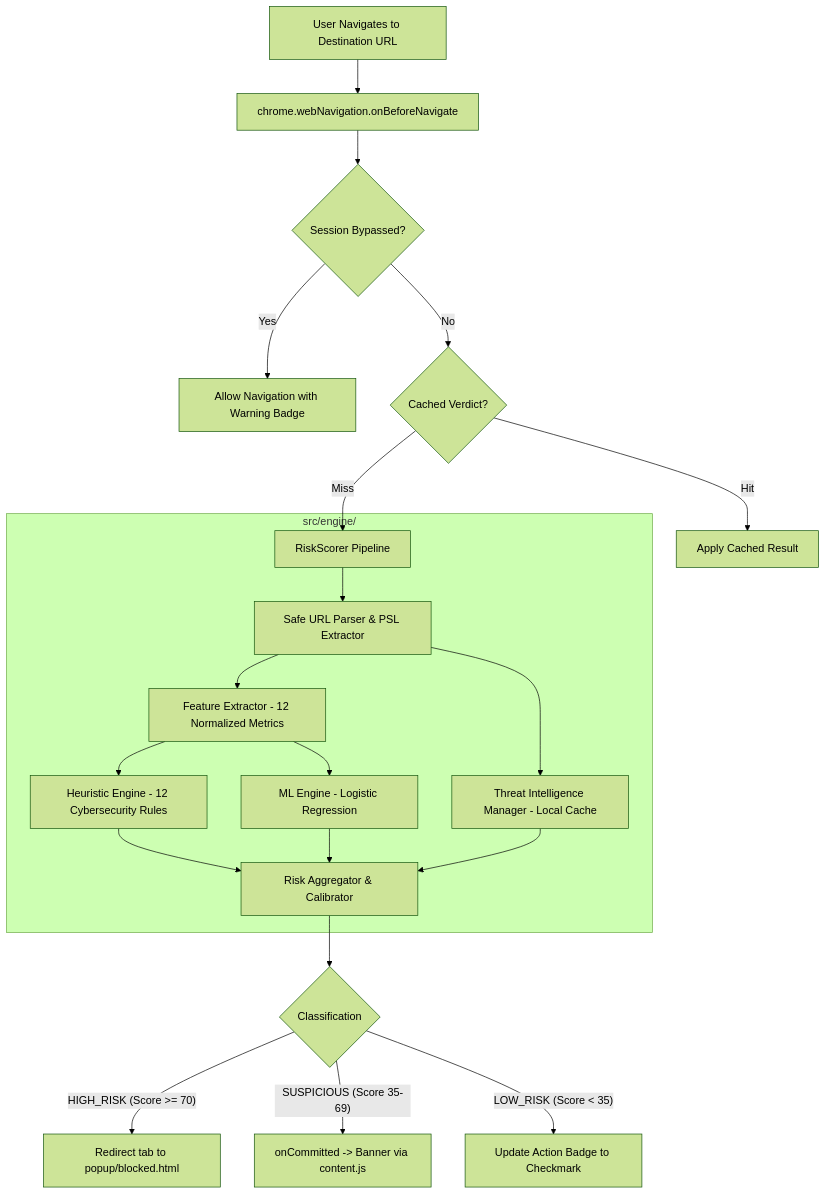
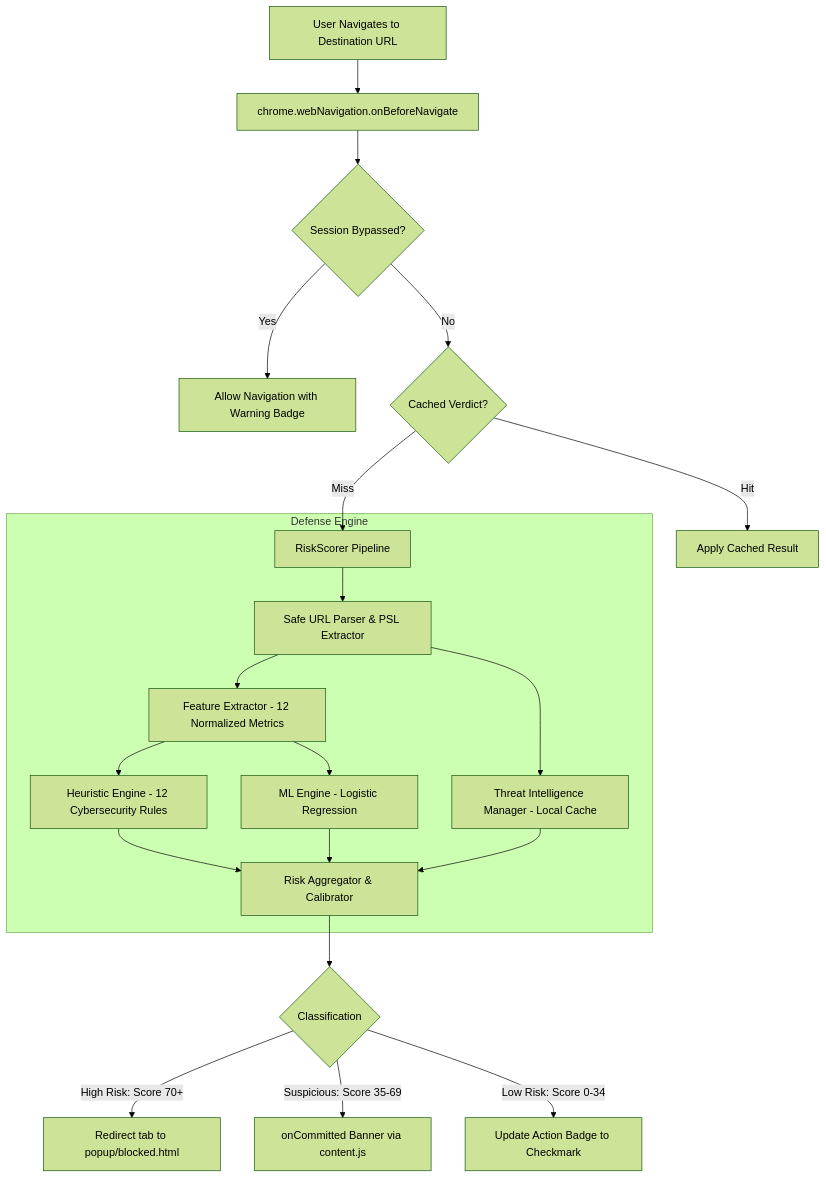
One commit to anishrajb21/Anti-Phishing-Extension changed the diagram in README.md. Above: the diagram before and after it, drawn with Mermaid (forest theme). The commit also changed 2 other files, not shown here.

Commit message:
fix(docs): format Mermaid diagrams with quotes and strict syntax for GitHub rendering

````diff
--- a/README.md
+++ b/README.md
@@ -40,23 +40,25 @@
 ```mermaid
 flowchart TD
-    UserNav[User Navigates to Destination URL] --> WN_Before[chrome.webNavigation.onBeforeNavigate]
-    WN_Before --> BypassCheck{Session Bypassed?}
-    BypassCheck -- Yes --> Allow[Allow Navigation with Warning Badge]
-    BypassCheck -- No --> CacheCheck{Cached Verdict?}
-    CacheCheck -- Hit --> Apply[Apply Cached Result]
-    CacheCheck -- Miss --> Scorer[RiskScorer Pipeline]
+    UserNav["User Navigates to Destination URL"] --> WN_Before["chrome.webNavigation.onBeforeNavigate"]
+    WN_Before --> BypassCheck{"Session Bypassed?"}
+    BypassCheck -->|Yes| Allow["Allow Navigation with Warning Badge"]
+    BypassCheck -->|No| CacheCheck{"Cached Verdict?"}
+    CacheCheck -->|Hit| Apply["Apply Cached Result"]
+    CacheCheck -->|Miss| Scorer["RiskScorer Pipeline"]
 
-    subgraph Defense Engine [src/engine/]
-        Scorer --> Parser[Safe URL Parser & PSL Extractor]
-        Parser --> FE[Feature Extractor - 12 Normalized Metrics]
-        FE --> HE[Heuristic Engine - 12 Cybersecurity Rules]
-        FE --> ML[ML Engine - Logistic Regression]
-        Parser --> TI[Threat Intelligence Manager - Local Cache]
-        HE & ML & TI --> Aggregator[Risk Aggregator & Calibrator]
+    subgraph DefenseEngine ["Defense Engine"]
+        Scorer --> Parser["Safe URL Parser & PSL Extractor"]
+        Parser --> FE["Feature Extractor - 12 Normalized Metrics"]
+        FE --> HE["Heuristic Engine - 12 Cybersecurity Rules"]
+        FE --> ML["ML Engine - Logistic Regression"]
+        Parser --> TI["Threat Intelligence Manager - Local Cache"]
+        HE --> Aggregator["Risk Aggregator & Calibrator"]
+        ML --> Aggregator
+        TI --> Aggregator
     end
 
-    Aggregator --> Verdict{Classification}
-    Verdict -- HIGH_RISK (Score >= 70) --> Block[Redirect tab to popup/blocked.html]
-    Verdict -- SUSPICIOUS (Score 35-69) --> Alert[onCommitted -> Banner via content.js]
-    Verdict -- LOW_RISK (Score < 35) --> Safe[Update Action Badge to Checkmark]
+    Aggregator --> Verdict{"Classification"}
+    Verdict -->|High Risk: Score 70+| Block["Redirect tab to popup/blocked.html"]
+    Verdict -->|Suspicious: Score 35-69| Alert["onCommitted Banner via content.js"]
+    Verdict -->|Low Risk: Score 0-34| Safe["Update Action Badge to Checkmark"]
 ```
````
